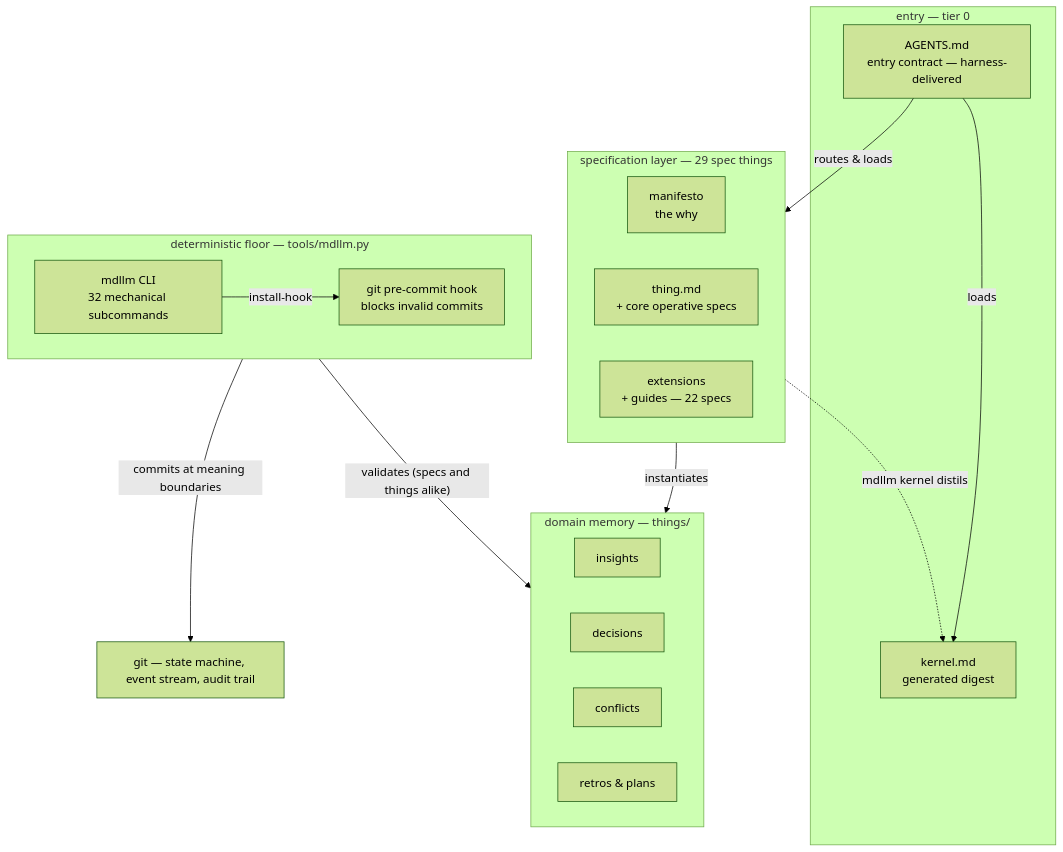
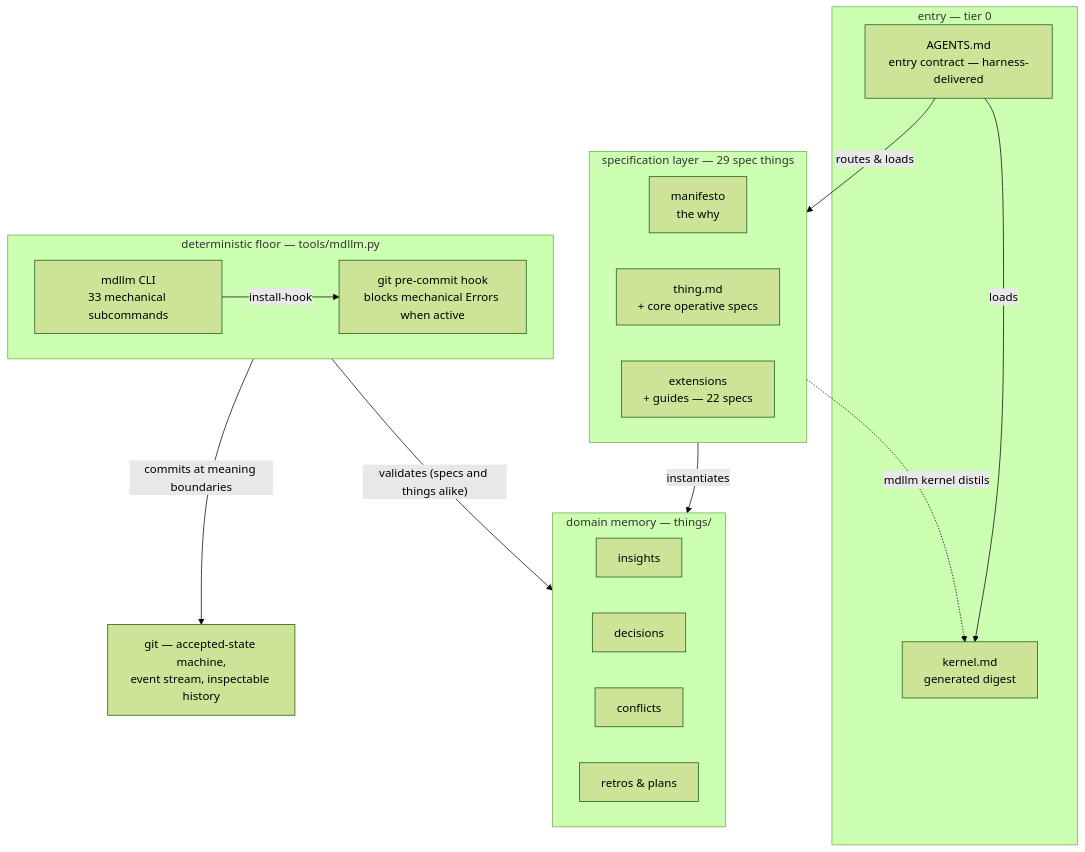
Before and after one commit to JanoshMoshiri/MarkdownLLM: the first of 5 diagrams in docs/framework-map.md, drawn with Mermaid (forest theme). The commit also changed other lines of this file and 83 other files, not shown here.

````diff
--- a/docs/framework-map.md
+++ b/docs/framework-map.md
@@ -54,48 +54,49 @@
 ```mermaid
 flowchart TD
     accTitle: View 1 - the five bands of the framework, read top-down as a session's life
     accDescr {
         Five stacked bands. The entry band, tier 0, holds AGENTS.md as the
         harness-delivered entry contract and kernel.md as a generated digest. Below
         it the specification layer holds 29 spec things: the manifesto for the
         why, thing.md with the core operative specs, and 22 extension and guide
         specs. Below that, domain memory in the things directory holds insights,
         decisions, conflicts, retrospectives and plans. Below that, the
-        deterministic floor is tools/mdllm.py, providing the mdllm CLI with 32
-        mechanical subcommands and a git pre-commit hook that blocks invalid
-        commits. At the base, git is the state machine, event stream and audit
-        trail. The edges run as follows. AGENTS.md loads the kernel and routes
+        deterministic floor is tools/mdllm.py, providing the mdllm CLI with 33
+        mechanical subcommands and a git pre-commit hook that, when current and
+        runnable, blocks commits with mechanical Errors. At the base, git is
+        the accepted-state machine, event stream and inspectable audit aid.
+        The edges run as follows. AGENTS.md loads the kernel and routes
         to the specs. The specs distil back up into the kernel via mdllm
         kernel, which is why that one edge points upward. The specs instantiate
         domain memory. The CLI installs the hook. The floor validates memory,
         specs and things alike, and commits at meaning boundaries into git.
     }
     subgraph entry ["entry — tier 0"]
         AGENTS["AGENTS.md<br/>entry contract — harness-delivered"]
         KERNEL["kernel.md<br/>generated digest"]
     end
     subgraph specs ["specification layer — 29 spec things"]
         MANIFESTO["manifesto<br/>the why"]
         THING["thing.md<br/>+ core operative specs"]
         EXT["extensions<br/>+ guides — 22 specs"]
     end
     subgraph memory ["domain memory — things/"]
         INSIGHTS["insights"]
         DECISIONS["decisions"]
         CONFLICTS["conflicts"]
         RETROS["retros & plans"]
     end
     subgraph floor ["deterministic floor — tools/mdllm.py"]
-        MDLLM["mdllm CLI<br/>32 mechanical subcommands"]
-        HOOK["git pre-commit hook<br/>blocks invalid commits"]
+        MDLLM["mdllm CLI<br/>33 mechanical subcommands"]
+        HOOK["git pre-commit hook<br/>blocks mechanical Errors when active"]
     end
-    GIT["git — state machine, event stream, audit trail"]
+    GIT["git — accepted-state machine,<br/>event stream, inspectable history"]
 
     AGENTS -->|loads| KERNEL
     AGENTS -->|routes & loads| specs
     specs -.->|"mdllm kernel distils"| KERNEL
     specs -->|instantiates| memory
     MDLLM -->|install-hook| HOOK
     floor -->|"validates (specs and things alike)"| memory
     floor -->|commits at meaning boundaries| GIT
 ```
````
